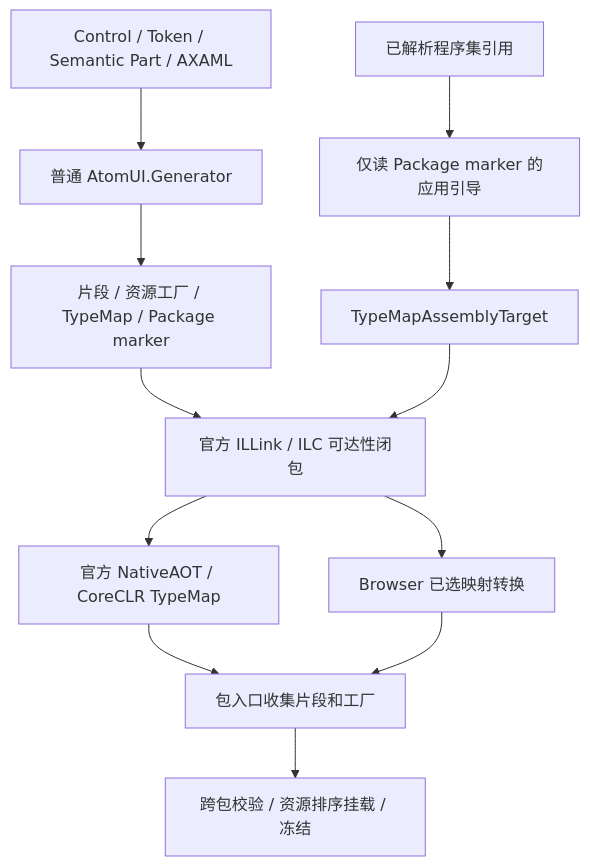
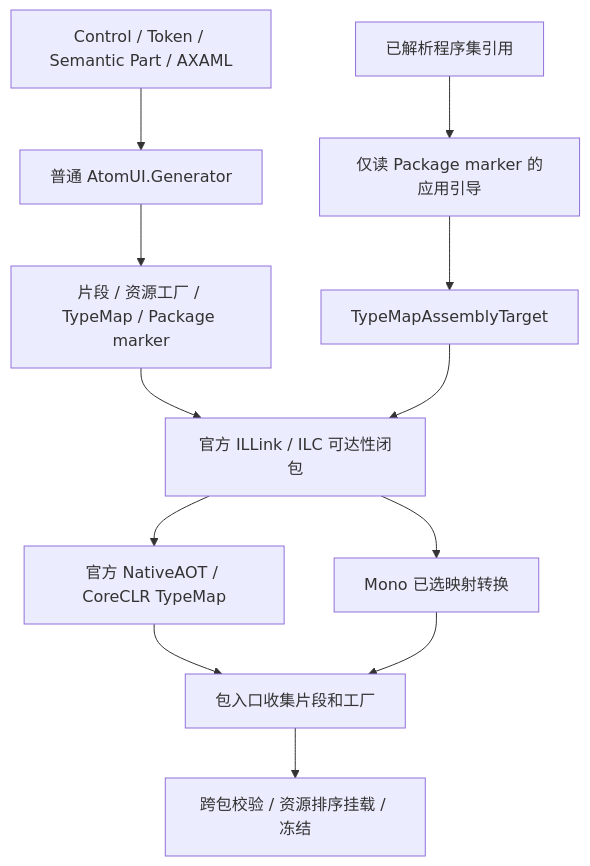
One commit to AtomUI/AtomUI changed the diagram in docs/architecture/foundations/aot-and-trimming.md. Above: the diagram before and after it, drawn with Mermaid. The commit also changed other lines of this file and 9 other files, not shown here.

````diff
--- a/docs/architecture/foundations/aot-and-trimming.md
+++ b/docs/architecture/foundations/aot-and-trimming.md
@@ -99,14 +99,14 @@
 ```mermaid
 flowchart TD
     Source[Control / Token / Semantic Part / AXAML] --> Generator[普通 AtomUI.Generator]
     Generator --> Facts[片段 / 资源工厂 / TypeMap / Package marker]
     References[已解析程序集引用] --> Bootstrap[仅读 Package marker 的应用引导]
     Bootstrap --> Targets[TypeMapAssemblyTarget]
     Facts --> Linker[官方 ILLink / ILC 可达性闭包]
     Targets --> Linker
     Linker --> Native[官方 NativeAOT / CoreCLR TypeMap]
-    Linker --> Materializer[Browser 已选映射转换]
+    Linker --> Materializer[Mono 已选映射转换]
     Native --> Collection[包入口收集片段和工厂]
     Materializer --> Collection
     Collection --> Freeze[跨包校验 / 资源排序挂载 / 冻结]
 ```
````
